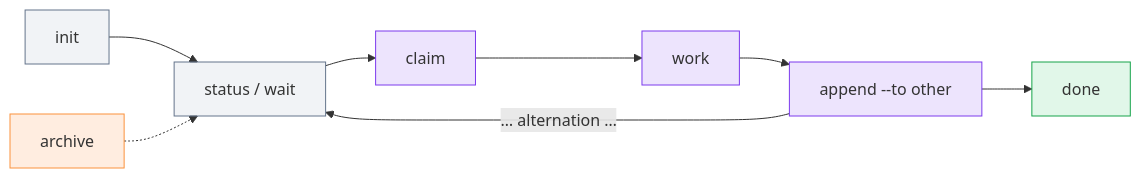
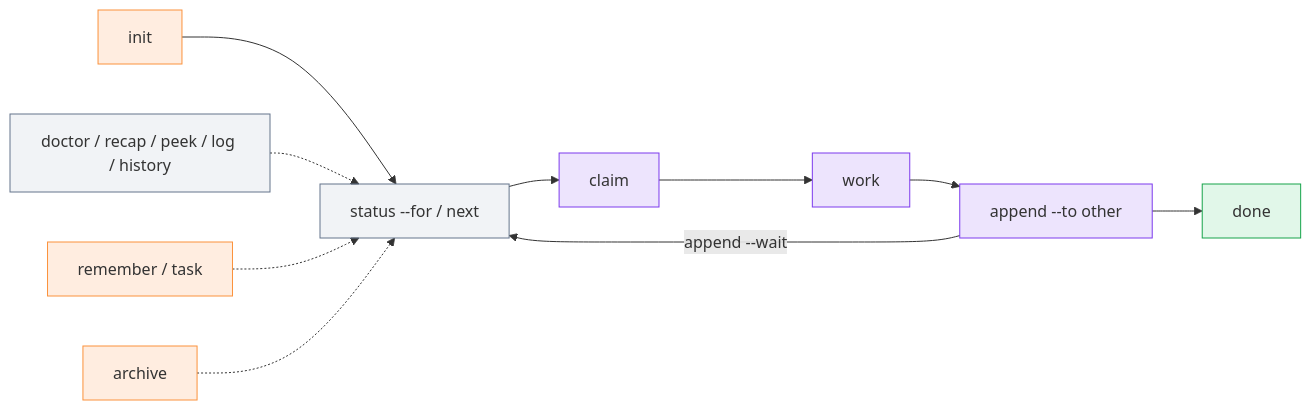
Before and after one commit to M8Shift/m8shift.github.io: the diagram in docs/reference/cli.md, drawn with Mermaid. The commit also changed other lines of this file and 37 other files, not shown here.

````diff
--- a/docs/reference/cli.md
+++ b/docs/reference/cli.md
@@ -10,20 +11,21 @@
 ```mermaid
 flowchart LR
-    INIT["init"] --> ST["status / wait"]
+    INIT["init"] --> ST["status --for / next"]
     ST --> CL["claim"]
     CL --> WK["work"]
     WK --> AP["append --to other"]
-    AP -->|"… alternation …"| ST
+    AP -->|"append --wait"| ST
     AP --> DONE["done"]
+    READ["doctor / recap / peek / log / history"] -.-> ST
+    MEM["remember / task"] -.-> ST
     ARCH["archive"] -.-> ST
 
     classDef agent fill:#7c3aed22,stroke:#7c3aed;
     classDef ok fill:#22c55e22,stroke:#16a34a;
     classDef wait fill:#94a3b822,stroke:#64748b;
     classDef store fill:#ff7a1822,stroke:#fb923c;
     class CL,AP,WK agent
     class DONE ok
-    class ST wait
-    class ARCH store
-    class INIT wait
+    class ST,READ wait
+    class ARCH,MEM,INIT store
 ```
````
